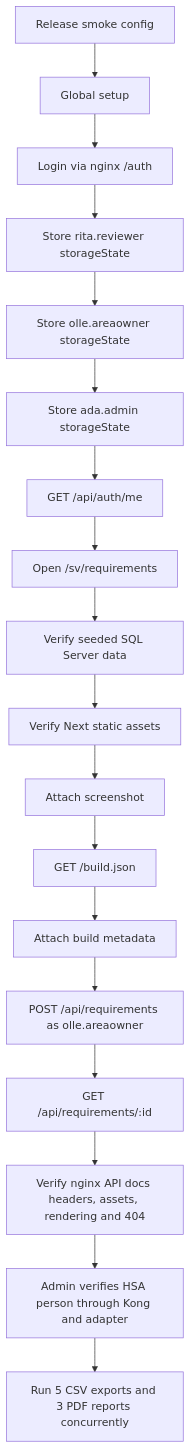
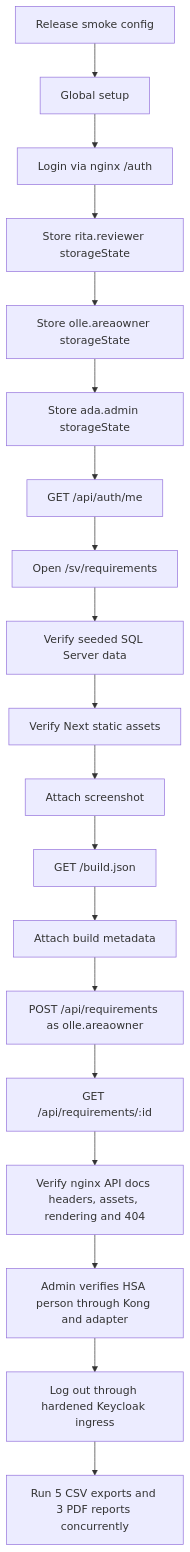
The first of 4 diagrams in tests/release-smoke/release-smoke.md (johlju/Kravhantering), drawn with Mermaid before and after one commit. The commit also changed other lines of this file and 22 other files, not shown here.

````diff
--- a/tests/release-smoke/release-smoke.md
+++ b/tests/release-smoke/release-smoke.md
@@ -38,20 +44,21 @@
 ```mermaid
 flowchart TD
     A[Release smoke config] --> B[Global setup]
     B --> C[Login via nginx /auth]
     C --> D[Store rita.reviewer storageState]
     D --> E[Store olle.areaowner storageState]
     E --> F[Store ada.admin storageState]
     F --> G[GET /api/auth/me]
     G --> H[Open /sv/requirements]
     H --> I[Verify seeded SQL Server data]
     I --> J[Verify Next static assets]
     J --> K[Attach screenshot]
     K --> L[GET /build.json]
     L --> M[Attach build metadata]
     M --> N[POST /api/requirements as olle.areaowner]
     N --> O[GET /api/requirements/:id]
     O --> P[Verify nginx API docs headers, assets, rendering and 404]
     P --> Q[Admin verifies HSA person through Kong and adapter]
-    Q --> R[Run 5 CSV exports and 3 PDF reports concurrently]
+    Q --> R[Log out through hardened Keycloak ingress]
+    R --> S[Run 5 CSV exports and 3 PDF reports concurrently]
 ```
````
